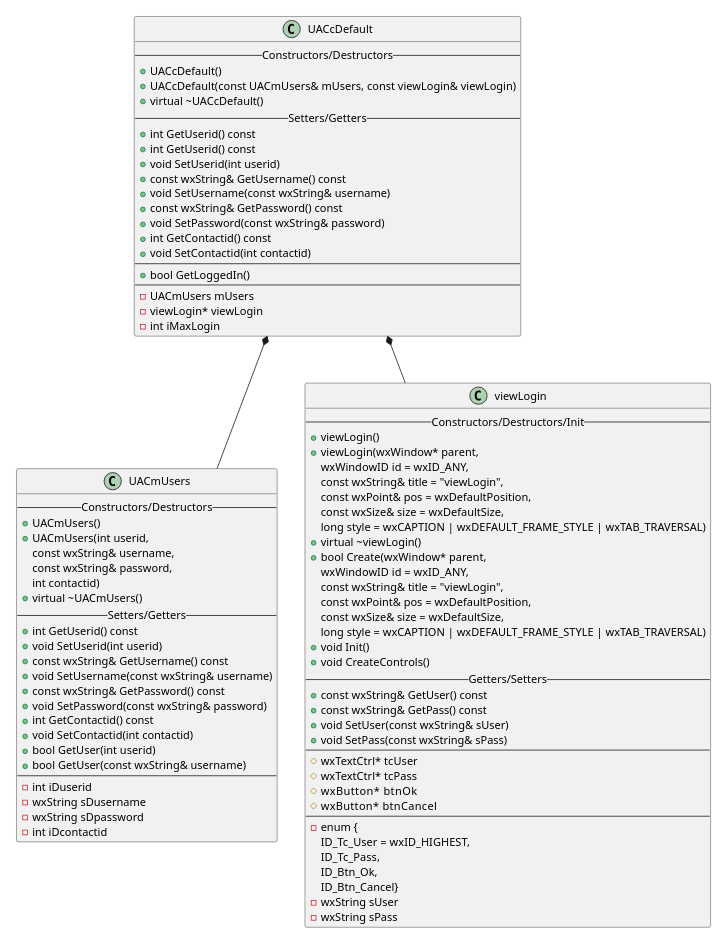
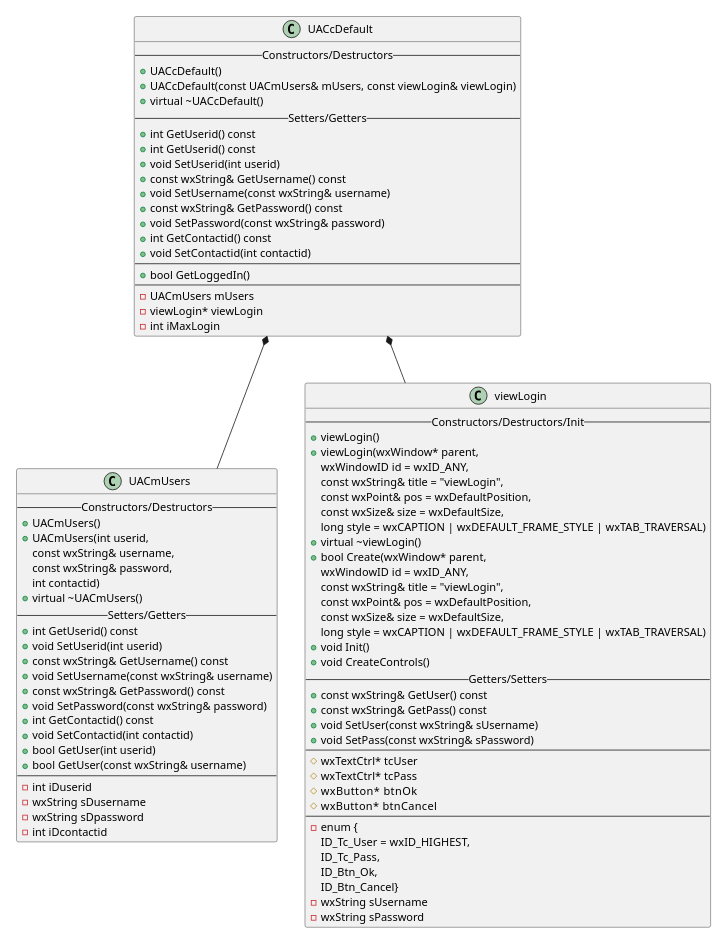
Before and after one commit to ptrongithub/Manager: the diagram in UML/Class/UAC.puml, drawn with PlantUML. The commit also changed 13 other files, not shown here.

Commit message:
To a stopping point with the Login dialog. TODO: Encrypt communications with the server and work with hashed password. TODO: Create Create User dialog.

```diff
--- a/UML/Class/UAC.puml
+++ b/UML/Class/UAC.puml
@@ -1,94 +1,94 @@
 @startuml
 scale 0.5
 class UACcDefault {
     -- Constructors/Destructors --
     +UACcDefault()
     +UACcDefault(const UACmUsers& mUsers, const viewLogin& viewLogin)
     +virtual ~UACcDefault()
     -- Setters/Getters --
     +int GetUserid() const
     +int GetUserid() const
     +void SetUserid(int userid)
     +const wxString& GetUsername() const
     +void SetUsername(const wxString& username)
     +const wxString& GetPassword() const
     +void SetPassword(const wxString& password)
     +int GetContactid() const
     +void SetContactid(int contactid)
 	--
     +bool GetLoggedIn()
 	--
 	-UACmUsers mUsers
 	-viewLogin* viewLogin
 	-int iMaxLogin
     }
 class UACmUsers {
 	--Constructors/Destructors--
 	+UACmUsers()
 	+UACmUsers(int userid,
 		const wxString& username,
 		const wxString& password,
 		int contactid)
 	+virtual ~UACmUsers()
 	--Setters/Getters--
 	+int GetUserid() const
 	+void SetUserid(int userid)
 	+const wxString& GetUsername() const
 	+void SetUsername(const wxString& username)
 	+const wxString& GetPassword() const
 	+void SetPassword(const wxString& password)
 	+int GetContactid() const
 	+void SetContactid(int contactid)
 	+bool GetUser(int userid)
 	+bool GetUser(const wxString& username)
 	--
 	-int iDuserid
 	' userid int(11) pk
 	-wxString sDusername
 	' username varchar(64) uk idx
 	-wxString sDpassword
 	' password varchar(256)
 	-int iDcontactid
 	' contactid int(11) fk
 }
 class viewLogin {
 	--Constructors/Destructors/Init--
 	+viewLogin()
 	+viewLogin(wxWindow* parent,
 		wxWindowID id = wxID_ANY,
 		const wxString& title = "viewLogin",
 		const wxPoint& pos = wxDefaultPosition,
 		const wxSize& size = wxDefaultSize,
 		long style = wxCAPTION | wxDEFAULT_FRAME_STYLE | wxTAB_TRAVERSAL)
 	+virtual ~viewLogin()
 	+bool Create(wxWindow* parent,
 		wxWindowID id = wxID_ANY,
 		const wxString& title = "viewLogin",
 		const wxPoint& pos = wxDefaultPosition,
 		const wxSize& size = wxDefaultSize,
 		long style = wxCAPTION | wxDEFAULT_FRAME_STYLE | wxTAB_TRAVERSAL)
 	+void Init()
 	+void CreateControls()
 	--Getters/Setters--
 	+const wxString& GetUser() const
 	+const wxString& GetPass() const
-	+void SetUser(const wxString& sUser)
-	+void SetPass(const wxString& sPass)
+	+void SetUser(const wxString& sUsername)
+	+void SetPass(const wxString& sPassword)
 	--
 	#wxTextCtrl* tcUser
 	#wxTextCtrl* tcPass
 	#wxButton*   btnOk
 	#wxButton*   btnCancel
 	--
 	-enum {
 		ID_Tc_User = wxID_HIGHEST,
 		ID_Tc_Pass,
 		ID_Btn_Ok,
 		ID_Btn_Cancel}
-	-wxString sUser
-	-wxString sPass
+	-wxString sUsername
+	-wxString sPassword
 	}
 UACcDefault *-- UACmUsers
 UACcDefault *-- viewLogin
 
 @enduml
```
